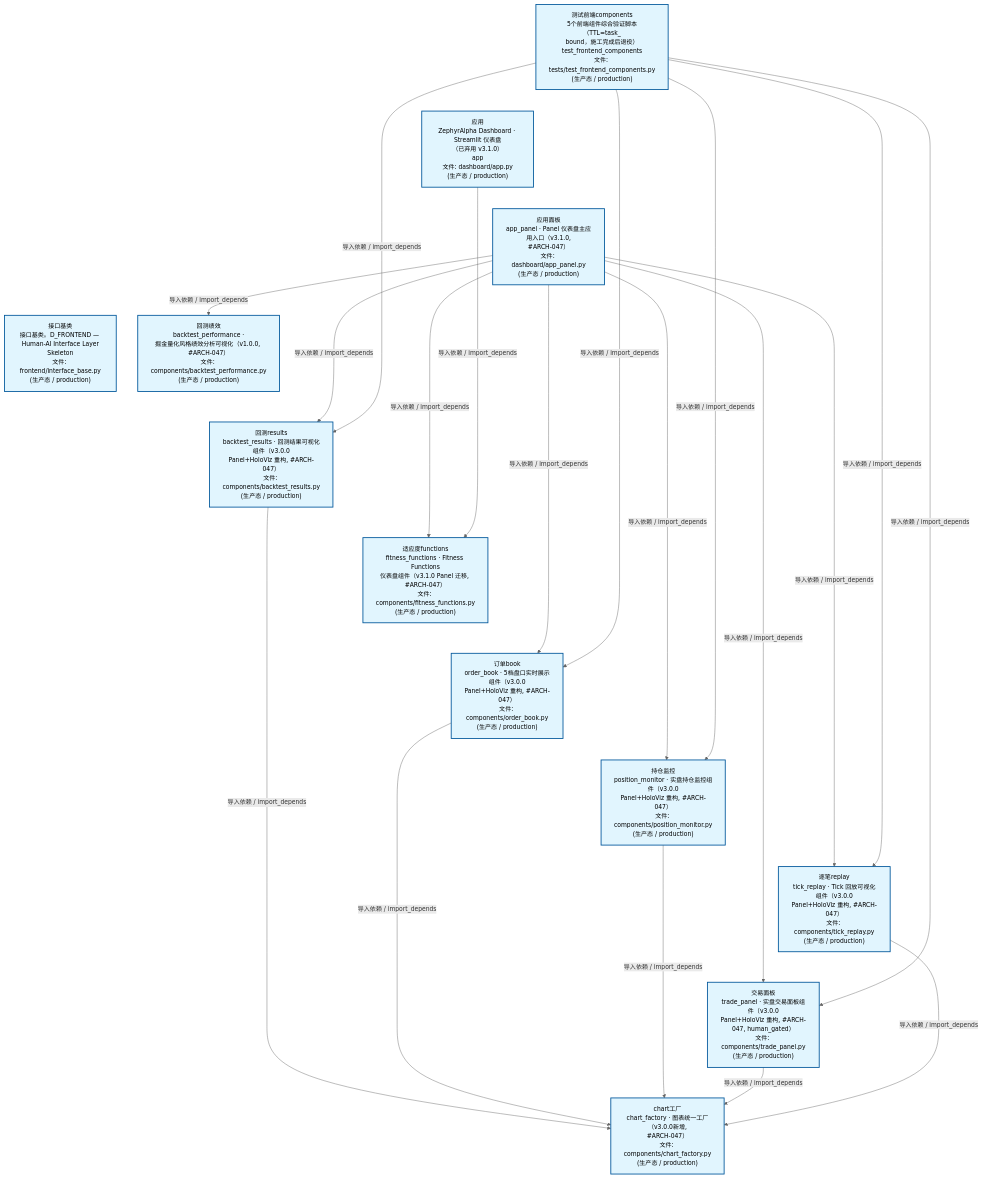
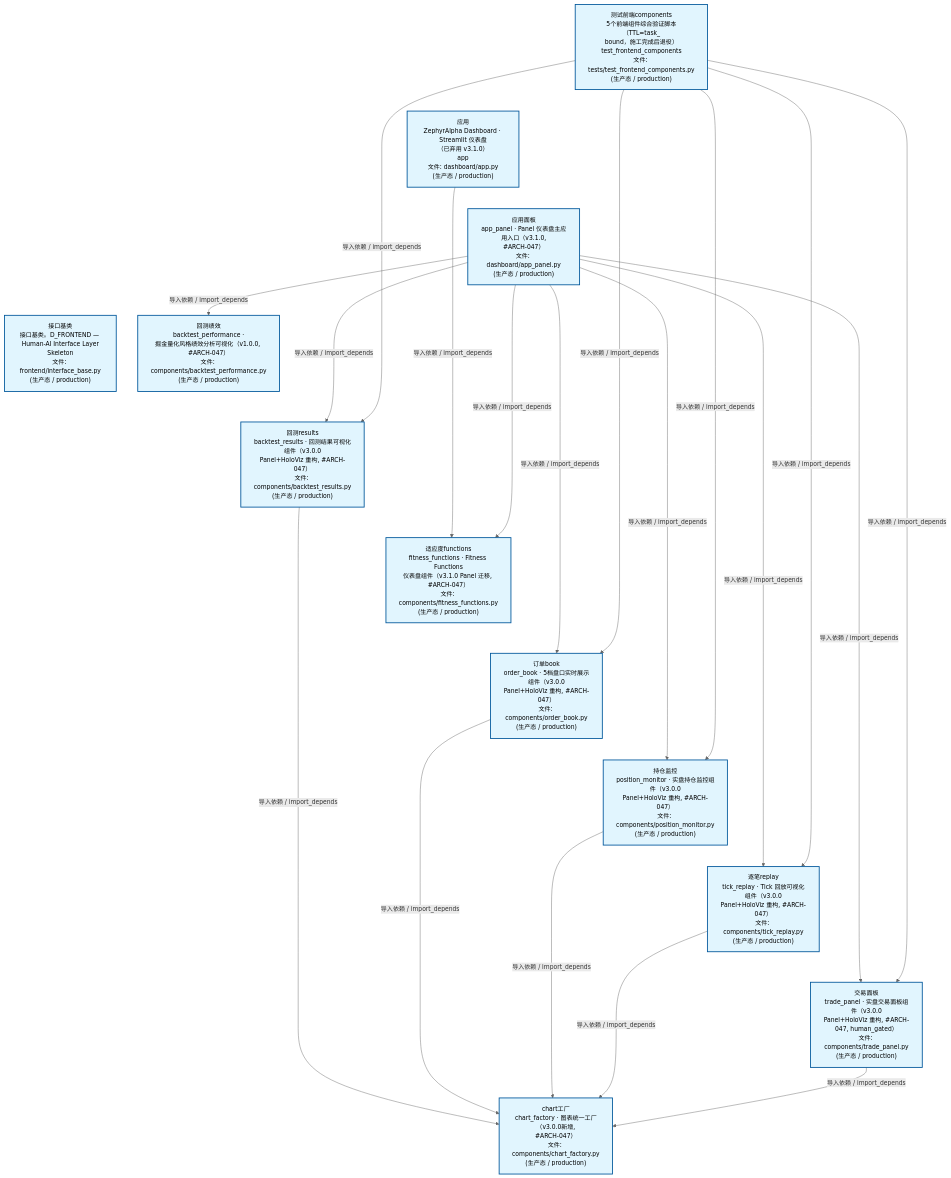
Before and after one commit to xuanFelixVan/ZephyrAlpha: the second of 4 diagrams in docs/02_enterprise_architecture/02_domain_architecture_docs/47_d_frontend.md, drawn with Mermaid. The commit also changed other lines of this file and 42 other files, not shown here.

````diff
--- a/docs/02_enterprise_architecture/02_domain_architecture_docs/47_d_frontend.md
+++ b/docs/02_enterprise_architecture/02_domain_architecture_docs/47_d_frontend.md
@@ -124,48 +124,48 @@
 ```mermaid
 %%{init: {'theme': 'base', 'themeVariables': {'primaryColor': '#eaeaea', 'primaryTextColor': '#333333', 'primaryBorderColor': '#666666', 'lineColor': '#666666', 'secondaryColor': '#eaeaea', 'tertiaryColor': '#eaeaea', 'fontSize': '14px'}}}%%
 flowchart TD
     scripts_tests_test_frontend_components_py["测试前端components<br/>5个前端组件综合验证脚本（TTL=task_<br/>bound，施工完成后退役）<br/>test_frontend_components<br/>文件: tests/test_frontend_components.py<br/>(生产态 / production)"]
     src_zephyr_frontend_dashboard_app_py["应用<br/>ZephyrAlpha Dashboard · Streamlit 仪表盘<br/>（已弃用 v3.1.0）<br/>app<br/>文件: dashboard/app.py<br/>(生产态 / production)"]
     src_zephyr_frontend_dashboard_app_panel_py["应用面板<br/>app_panel · Panel 仪表盘主应用入口（v3.1.0,<br/>#ARCH-047）<br/>文件: dashboard/app_panel.py<br/>(生产态 / production)"]
     src_zephyr_frontend_interface_base_py["接口基类<br/>接口基类。D_FRONTEND — Human-AI Interface Layer<br/>Skeleton<br/>文件: frontend/interface_base.py<br/>(生产态 / production)"]
     scripts_tests_test_frontend_components_py ~~~ src_zephyr_frontend_dashboard_app_py
     src_zephyr_frontend_dashboard_app_py ~~~ src_zephyr_frontend_dashboard_app_panel_py
     src_zephyr_frontend_dashboard_app_panel_py ~~~ src_zephyr_frontend_interface_base_py
     src_zephyr_frontend_dashboard_components_backtest_performance_py["回测绩效<br/>backtest_performance ·<br/>掘金量化风格绩效分析可视化（v1.0.0, #ARCH-047）<br/>文件: components/backtest_performance.py<br/>(生产态 / production)"]
     src_zephyr_frontend_dashboard_components_backtest_results_py["回测results<br/>backtest_results · 回测结果可视化组件（v3.0.0<br/>Panel+HoloViz 重构, #ARCH-047）<br/>文件: components/backtest_results.py<br/>(生产态 / production)"]
     src_zephyr_frontend_dashboard_components_fitness_functions_py["适应度functions<br/>fitness_functions · Fitness Functions<br/>仪表盘组件（v3.1.0 Panel 迁移, #ARCH-047）<br/>文件: components/fitness_functions.py<br/>(生产态 / production)"]
     src_zephyr_frontend_dashboard_components_order_book_py["订单book<br/>order_book · 5档盘口实时展示组件（v3.0.0<br/>Panel+HoloViz 重构, #ARCH-047）<br/>文件: components/order_book.py<br/>(生产态 / production)"]
     src_zephyr_frontend_dashboard_components_position_monitor_py["持仓监控<br/>position_monitor · 实盘持仓监控组件（v3.0.0<br/>Panel+HoloViz 重构, #ARCH-047）<br/>文件: components/position_monitor.py<br/>(生产态 / production)"]
     src_zephyr_frontend_dashboard_components_tick_replay_py["逐笔replay<br/>tick_replay · Tick 回放可视化组件（v3.0.0<br/>Panel+HoloViz 重构, #ARCH-047）<br/>文件: components/tick_replay.py<br/>(生产态 / production)"]
     src_zephyr_frontend_dashboard_components_trade_panel_py["交易面板<br/>trade_panel · 实盘交易面板组件（v3.0.0<br/>Panel+HoloViz 重构, #ARCH-047, human_gated）<br/>文件: components/trade_panel.py<br/>(生产态 / production)"]
     src_zephyr_frontend_dashboard_components_backtest_performance_py ~~~ src_zephyr_frontend_dashboard_components_backtest_results_py
     src_zephyr_frontend_dashboard_components_backtest_results_py ~~~ src_zephyr_frontend_dashboard_components_fitness_functions_py
     src_zephyr_frontend_dashboard_components_fitness_functions_py ~~~ src_zephyr_frontend_dashboard_components_order_book_py
     src_zephyr_frontend_dashboard_components_order_book_py ~~~ src_zephyr_frontend_dashboard_components_position_monitor_py
     src_zephyr_frontend_dashboard_components_position_monitor_py ~~~ src_zephyr_frontend_dashboard_components_tick_replay_py
     src_zephyr_frontend_dashboard_components_tick_replay_py ~~~ src_zephyr_frontend_dashboard_components_trade_panel_py
     src_zephyr_frontend_dashboard_components_chart_factory_py["chart工厂<br/>chart_factory · 图表统一工厂（v3.0.0新增,<br/>#ARCH-047）<br/>文件: components/chart_factory.py<br/>(生产态 / production)"]
+    src_zephyr_frontend_dashboard_app_py -->|导入依赖 / import_depends| src_zephyr_frontend_dashboard_components_fitness_functions_py
+    src_zephyr_frontend_dashboard_app_panel_py -->|导入依赖 / import_depends| src_zephyr_frontend_dashboard_components_fitness_functions_py
+    src_zephyr_frontend_dashboard_app_panel_py -->|导入依赖 / import_depends| src_zephyr_frontend_dashboard_components_backtest_performance_py
     src_zephyr_frontend_dashboard_app_panel_py -->|导入依赖 / import_depends| src_zephyr_frontend_dashboard_components_backtest_results_py
-    src_zephyr_frontend_dashboard_app_panel_py -->|导入依赖 / import_depends| src_zephyr_frontend_dashboard_components_fitness_functions_py
     src_zephyr_frontend_dashboard_app_panel_py -->|导入依赖 / import_depends| src_zephyr_frontend_dashboard_components_order_book_py
     src_zephyr_frontend_dashboard_app_panel_py -->|导入依赖 / import_depends| src_zephyr_frontend_dashboard_components_position_monitor_py
+    src_zephyr_frontend_dashboard_app_panel_py -->|导入依赖 / import_depends| src_zephyr_frontend_dashboard_components_tick_replay_py
     src_zephyr_frontend_dashboard_app_panel_py -->|导入依赖 / import_depends| src_zephyr_frontend_dashboard_components_trade_panel_py
-    src_zephyr_frontend_dashboard_app_panel_py -->|导入依赖 / import_depends| src_zephyr_frontend_dashboard_components_tick_replay_py
-    src_zephyr_frontend_dashboard_app_panel_py -->|导入依赖 / import_depends| src_zephyr_frontend_dashboard_components_backtest_performance_py
-    src_zephyr_frontend_dashboard_app_py -->|导入依赖 / import_depends| src_zephyr_frontend_dashboard_components_fitness_functions_py
     src_zephyr_frontend_dashboard_components_backtest_results_py -->|导入依赖 / import_depends| src_zephyr_frontend_dashboard_components_chart_factory_py
     src_zephyr_frontend_dashboard_components_order_book_py -->|导入依赖 / import_depends| src_zephyr_frontend_dashboard_components_chart_factory_py
     src_zephyr_frontend_dashboard_components_position_monitor_py -->|导入依赖 / import_depends| src_zephyr_frontend_dashboard_components_chart_factory_py
+    src_zephyr_frontend_dashboard_components_tick_replay_py -->|导入依赖 / import_depends| src_zephyr_frontend_dashboard_components_chart_factory_py
     src_zephyr_frontend_dashboard_components_trade_panel_py -->|导入依赖 / import_depends| src_zephyr_frontend_dashboard_components_chart_factory_py
-    src_zephyr_frontend_dashboard_components_tick_replay_py -->|导入依赖 / import_depends| src_zephyr_frontend_dashboard_components_chart_factory_py
     scripts_tests_test_frontend_components_py -->|导入依赖 / import_depends| src_zephyr_frontend_dashboard_components_backtest_results_py
     scripts_tests_test_frontend_components_py -->|导入依赖 / import_depends| src_zephyr_frontend_dashboard_components_order_book_py
     scripts_tests_test_frontend_components_py -->|导入依赖 / import_depends| src_zephyr_frontend_dashboard_components_position_monitor_py
+    scripts_tests_test_frontend_components_py -->|导入依赖 / import_depends| src_zephyr_frontend_dashboard_components_tick_replay_py
     scripts_tests_test_frontend_components_py -->|导入依赖 / import_depends| src_zephyr_frontend_dashboard_components_trade_panel_py
-    scripts_tests_test_frontend_components_py -->|导入依赖 / import_depends| src_zephyr_frontend_dashboard_components_tick_replay_py
     classDef production fill:#e1f5fe,stroke:#01579b,stroke-width:2px,color:#000
     classDef design fill:#fff3e0,stroke:#e65100,stroke-width:2px,color:#000,stroke-dasharray: 5 5
     classDef external_prod fill:#e8f4fd,stroke:#0277bd,stroke-width:1px,color:#000
     classDef external_design fill:#fff8e7,stroke:#ef6c00,stroke-width:1px,color:#000,stroke-dasharray: 5 5
     class scripts_tests_test_frontend_components_py,src_zephyr_frontend_dashboard_app_py,src_zephyr_frontend_dashboard_app_panel_py,src_zephyr_frontend_dashboard_components_backtest_performance_py,src_zephyr_frontend_dashboard_components_backtest_results_py,src_zephyr_frontend_dashboard_components_chart_factory_py,src_zephyr_frontend_dashboard_components_fitness_functions_py,src_zephyr_frontend_dashboard_components_order_book_py,src_zephyr_frontend_dashboard_components_position_monitor_py,src_zephyr_frontend_dashboard_components_tick_replay_py,src_zephyr_frontend_dashboard_components_trade_panel_py,src_zephyr_frontend_interface_base_py production
 ```
````
